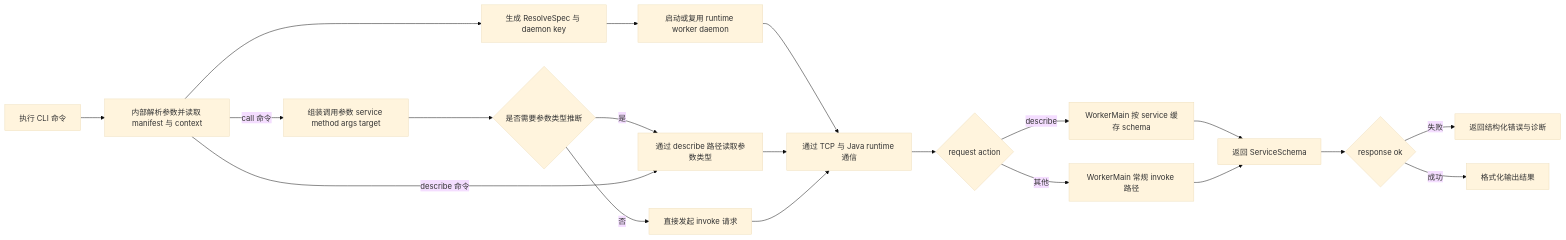
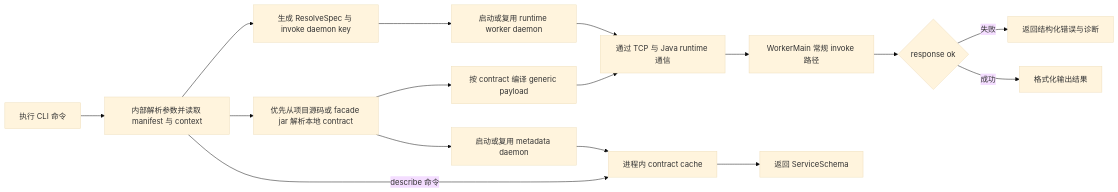
One commit to hex1n/sofarpc-cli changed the diagram in README.zh-CN.md. Above: the diagram before and after it, drawn with Mermaid (base theme). The commit also changed other lines of this file and 30 other files, not shown here.

First line of the commit message:
feat: improve local contract diagnostics and facade tooling

````diff
--- a/README.zh-CN.md
+++ b/README.zh-CN.md
@@ -18,22 +20,18 @@
 ```mermaid
 flowchart LR
     A[执行 CLI 命令] --> B[内部解析参数并读取 manifest 与 context]
-    B --> C[生成 ResolveSpec 与 daemon key]
-    C --> D[启动或复用 runtime worker daemon]
-    D --> E[通过 TCP 与 Java runtime 通信]
-    B -->|call 命令| F[组装调用参数 service method args target]
-    F --> G{是否需要参数类型推断}
-    G -->|是| H[通过 describe 路径读取参数类型]
-    G -->|否| I[直接发起 invoke 请求]
-    H --> E
-    I --> E
-    B -->|describe 命令| H
-    E --> J{request action}
-    J -->|describe| K[WorkerMain 按 service 缓存 schema]
-    J -->|其他| L[WorkerMain 常规 invoke 路径]
-    K --> M[返回 ServiceSchema]
-    L --> M
-    M --> N{response ok}
-    N -->|失败| O[返回结构化错误与诊断]
-    N -->|成功| P[格式化输出结果]
+    B --> C[优先从项目源码或 facade jar 解析本地 contract]
+    C --> D[启动或复用 metadata daemon]
+    D --> E[进程内 contract cache]
+    C --> F[按 contract 编译 generic payload]
+    B --> G[生成 ResolveSpec 与 invoke daemon key]
+    G --> H[启动或复用 runtime worker daemon]
+    H --> I[通过 TCP 与 Java runtime 通信]
+    F --> I
+    B -->|describe 命令| E
+    I --> J[WorkerMain 常规 invoke 路径]
+    E --> K[返回 ServiceSchema]
+    J --> L{response ok}
+    L -->|失败| M[返回结构化错误与诊断]
+    L -->|成功| N[格式化输出结果]
 ```
````
